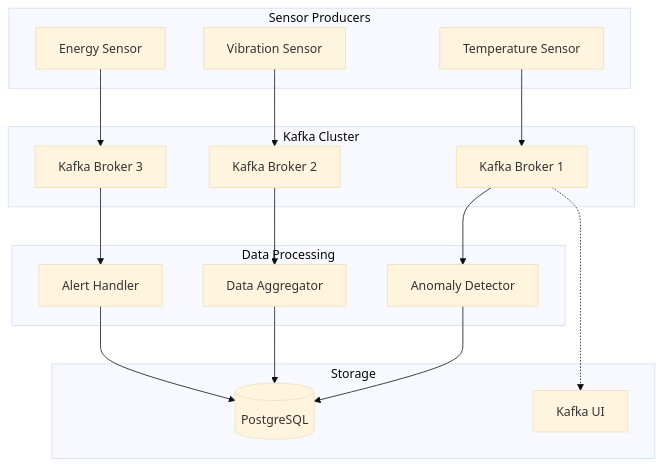
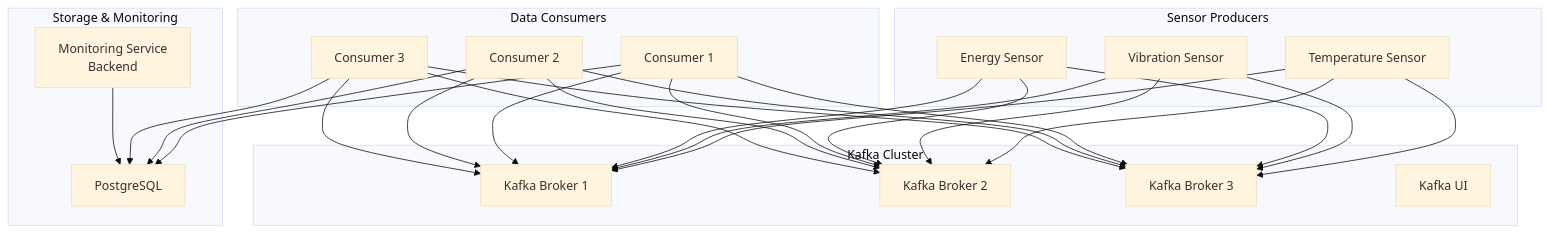
The diagram in README.md (bathwaterpizza/inf1304-t1), drawn with Mermaid (base theme) before and after one commit. The commit also changed other lines of this file and 1 other file, not shown here.

````diff
--- a/README.md
+++ b/README.md
@@ -16,36 +19,56 @@
 ```mermaid
 graph TB
     subgraph "Sensor Producers"
         SP1[Temperature Sensor]
         SP2[Vibration Sensor] 
         SP3[Energy Sensor]
     end
     
     subgraph "Kafka Cluster"
         K1[Kafka Broker 1]
         K2[Kafka Broker 2]
         K3[Kafka Broker 3]
-    end
-    
-    subgraph "Data Processing"
-        C1[Anomaly Detector]
-        C2[Data Aggregator]
-        C3[Alert Handler]
-    end
-    
-    subgraph "Storage"
-        PG[(PostgreSQL)]
         UI[Kafka UI]
     end
     
+    subgraph "Data Consumers"
+        C1[Consumer 1]
+        C2[Consumer 2]
+        C3[Consumer 3]
+    end
+    
+    subgraph "Storage & Monitoring"
+        PG[PostgreSQL]
+        MS[Monitoring Service<br/>Backend]
+    end
+    
+    %% Each producer can connect to all Kafka brokers
     SP1 --> K1
+    SP1 --> K2
+    SP1 --> K3
+    SP2 --> K1
     SP2 --> K2
+    SP2 --> K3
+    SP3 --> K1
+    SP3 --> K2
     SP3 --> K3
-    K1 --> C1
-    K2 --> C2
-    K3 --> C3
+    
+    %% Each consumer can connect to all Kafka brokers
+    C1 --> K1
+    C1 --> K2
+    C1 --> K3
+    C2 --> K1
+    C2 --> K2
+    C2 --> K3
+    C3 --> K1
+    C3 --> K2
+    C3 --> K3
+    
+    %% Each consumer writes to PostgreSQL
     C1 --> PG
     C2 --> PG
     C3 --> PG
-    K1 -.-> UI
+    
+    %% Monitoring service reads from PostgreSQL
+    MS --> PG
 ```
````
